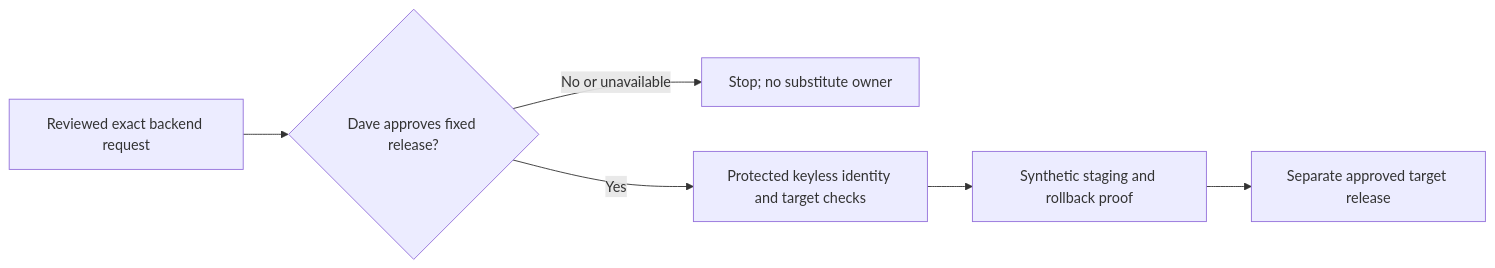
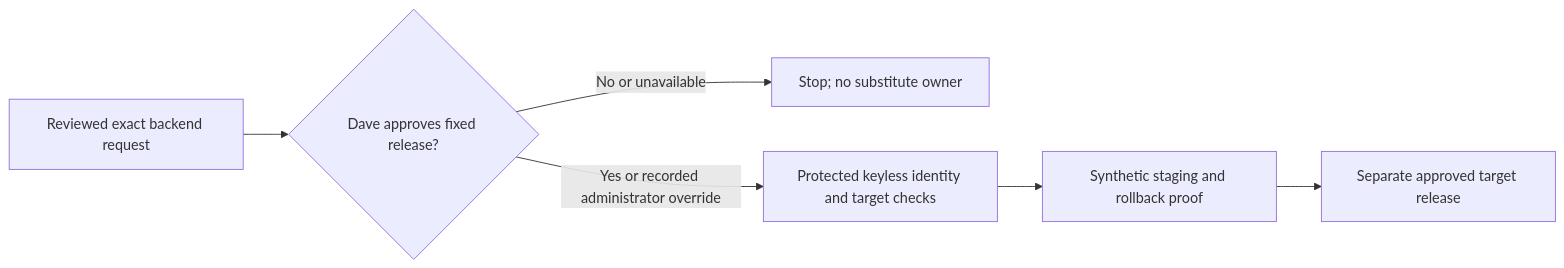
One commit to Run-MPRC/Run-MPRC.github.io changed the first of 3 diagrams in docs/officers/ACCESS_CONTINUITY.md. Above: the diagram before and after it, drawn with Mermaid. The commit also changed other lines of this file and 11 other files, not shown here.

````diff
--- a/docs/officers/ACCESS_CONTINUITY.md
+++ b/docs/officers/ACCESS_CONTINUITY.md
@@ -19,8 +19,8 @@
 ```mermaid
 flowchart LR
     Request["Reviewed exact backend request"] --> Dave{"Dave approves fixed release?"}
     Dave -- "No or unavailable" --> Stop["Stop; no substitute owner"]
-    Dave -- "Yes" --> Gate["Protected keyless identity and target checks"]
+    Dave -- "Yes or recorded administrator override" --> Gate["Protected keyless identity and target checks"]
     Gate --> Proof["Synthetic staging and rollback proof"]
     Proof --> Release["Separate approved target release"]
 ```
````
